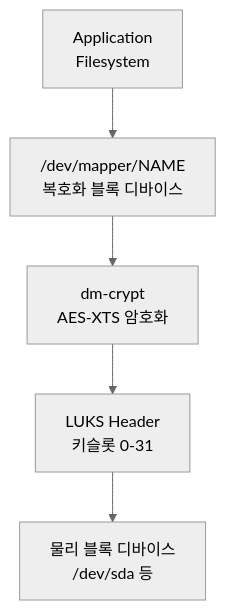
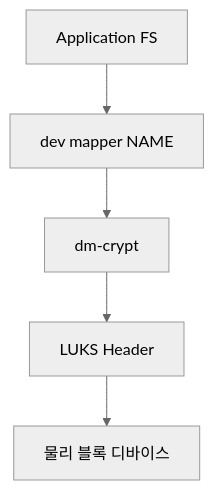
One commit to moonblueblue/devops-wiki changed the first of 9 diagrams in content/linux/linux-security/luks-dm-crypt.md. Above: the diagram before and after it, drawn with Mermaid (neutral theme). The commit also changed other lines of this file and 37 other files, not shown here.

First line of the commit message:
style: linux 카테고리 ASCII 도표·Mermaid 라벨 형식 교정

````diff
--- a/content/linux/linux-security/luks-dm-crypt.md
+++ b/content/linux/linux-security/luks-dm-crypt.md
@@ -31,10 +31,10 @@
 ```mermaid
 graph TD
-    A["Application\nFilesystem"]
-    B["/dev/mapper/NAME\n복호화 블록 디바이스"]
-    C["dm-crypt\nAES-XTS 암호화"]
-    D["LUKS Header\n키슬롯 0-31"]
-    E["물리 블록 디바이스\n/dev/sda 등"]
+    A["Application FS"]
+    B["dev mapper NAME"]
+    C["dm-crypt"]
+    D["LUKS Header"]
+    E["물리 블록 디바이스"]
 
     A --> B --> C --> D --> E
 ```
````
